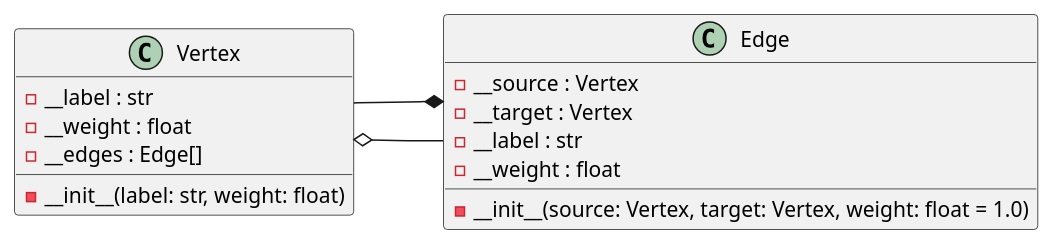
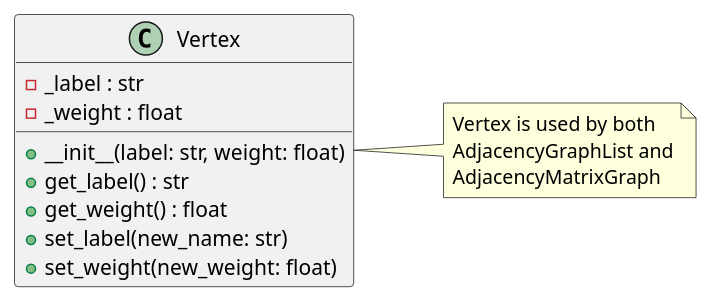
The diagram in docs/class/base.puml (BGLuis/Trabalho-pratico-grafos), drawn with PlantUML before and after one commit. The commit also changed 12 other files, not shown here.

```diff
--- a/docs/class/base.puml
+++ b/docs/class/base.puml
@@ -1,25 +1,21 @@
 @startuml base-classes
 
 left to right direction
 
 class Vertex {
-    - __init__(label: str, weight: float)
-
-    - __label : str
-    - __weight : float
-    - __edges : Edge[]
+    - _label : str
+    - _weight : float
+    + __init__(label: str, weight: float)
+    + get_label() : str
+    + get_weight() : float
+    + set_label(new_name: str)
+    + set_weight(new_weight: float)
 }
 
-class Edge {
-    - __init__(source: Vertex, target: Vertex, weight: float = 1.0)
-
-    - __source : Vertex
-    - __target : Vertex
-    - __label : str
-    - __weight : float
-}
-
-Vertex o-- Edge
-Edge *-- Vertex
+note right of Vertex
+  Vertex is used by both
+  AdjacencyGraphList and
+  AdjacencyMatrixGraph
+end note
 
 @enduml
```
